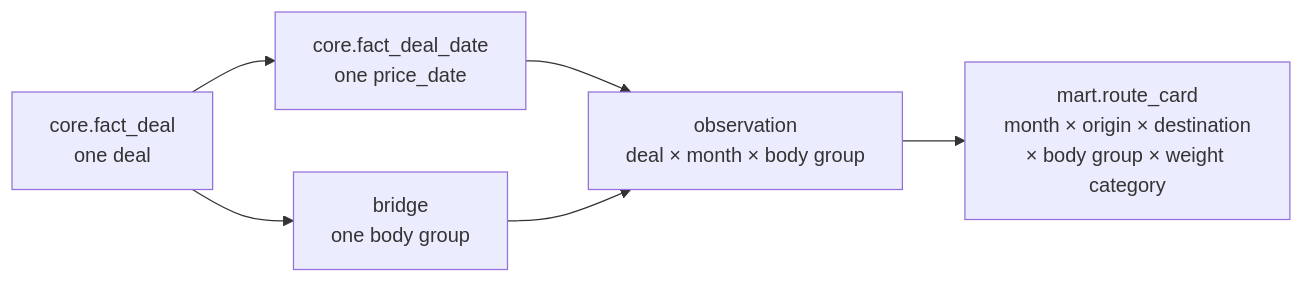
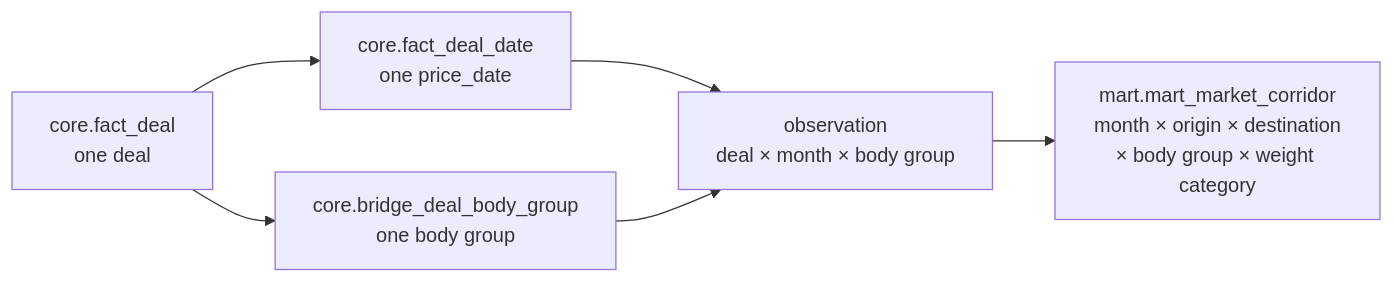
The diagram in docs/mart_design.md (stackmesh/logistics-data-platform), drawn with Mermaid before and after one commit. The commit also changed other lines of this file and 10 other files, not shown here.

````diff
--- a/docs/mart_design.md
+++ b/docs/mart_design.md
@@ -23,8 +32,8 @@
 ```mermaid
 flowchart LR
   deal["core.fact_deal<br/>one deal"] --> dates["core.fact_deal_date<br/>one price_date"]
-  deal --> bridge["bridge<br/>one body group"]
+  deal --> bridge["core.bridge_deal_body_group<br/>one body group"]
   dates --> obs["observation<br/>deal × month × body group"]
   bridge --> obs
-  obs --> cell["mart.route_card<br/>month × origin × destination<br/>× body group × weight category"]
+  obs --> cell["mart.mart_market_corridor<br/>month × origin × destination<br/>× body group × weight category"]
 ```
````
